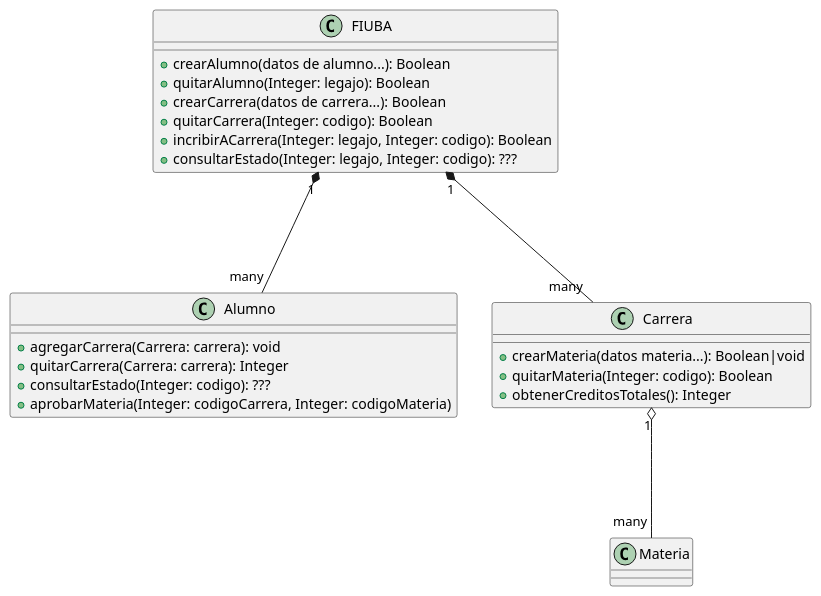
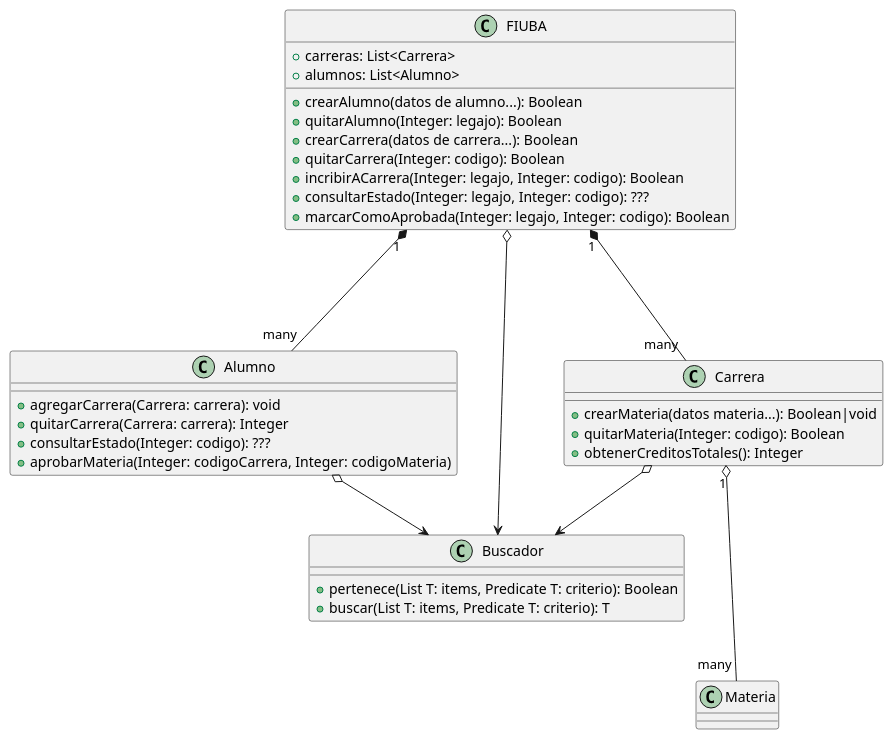
Before and after one commit to PabloDiosquez/Algoritmos_III: the diagram in ejercicios/guia1/fiuba/src/main/resources/fiuba.puml, drawn with PlantUML. The commit also changed 1 other file, not shown here.

Commit message:
Agregar clase Buscador y actualizaciones en el UML

```diff
--- a/ejercicios/guia1/fiuba/src/main/resources/fiuba.puml
+++ b/ejercicios/guia1/fiuba/src/main/resources/fiuba.puml
@@ -1,33 +1,45 @@
 @startuml
 
 class FIUBA {
++carreras: List<Carrera>
++alumnos: List<Alumno>
+
 + crearAlumno(datos de alumno...): Boolean
 + quitarAlumno(Integer: legajo): Boolean
 + crearCarrera(datos de carrera...): Boolean
 + quitarCarrera(Integer: codigo): Boolean
 + incribirACarrera(Integer: legajo, Integer: codigo): Boolean
 + consultarEstado(Integer: legajo, Integer: codigo): ???
++ marcarComoAprobada(Integer: legajo, Integer: codigo): Boolean
 }
 
 class Alumno {
 + agregarCarrera(Carrera: carrera): void
 + quitarCarrera(Carrera: carrera): Integer
 + consultarEstado(Integer: codigo): ???
 + aprobarMateria(Integer: codigoCarrera, Integer: codigoMateria)
 }
 
 class Carrera {
 + crearMateria(datos materia...): Boolean|void
 + quitarMateria(Integer: codigo): Boolean
 + obtenerCreditosTotales(): Integer
 }
 
 class Materia {
 
 }
 
+class Buscador {
++ pertenece(List T: items, Predicate T: criterio): Boolean
++ buscar(List T: items, Predicate T: criterio): T
+}
+
 FIUBA "1" *--- "many" Alumno
 FIUBA "1" *--- "many" Carrera
+FIUBA o--> Buscador
+Carrera o--> Buscador
+Alumno o--> Buscador
 Carrera "1" o--- "many" Materia
 
 @enduml
```
